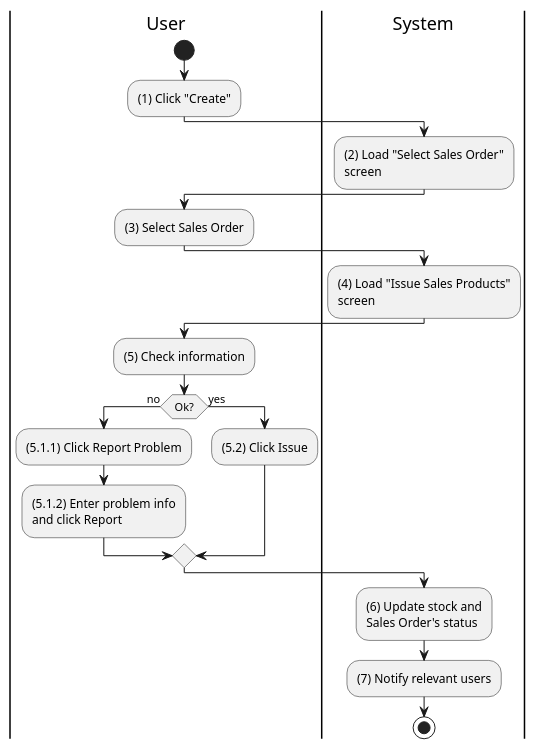
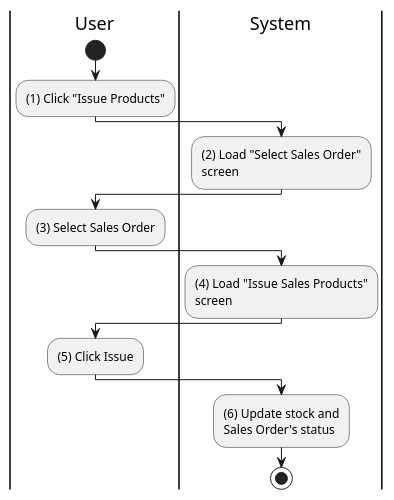
The diagram in activities/inventory-product-issue.plantuml (phihungha/scmss-reqs), drawn with PlantUML before and after one commit. The commit also changed 17 other files, not shown here.

Commit message:
Improve inventory sequences

```diff
--- a/activities/inventory-product-issue.plantuml
+++ b/activities/inventory-product-issue.plantuml
@@ -1,34 +1,24 @@
 @startuml inventory-product-issue
 |u|User
 |s|System
 
 |u|
 start
-:(1) Click "Create";
+:(1) Click "Issue Products";
 
 |s|
 :(2) Load "Select Sales Order"\nscreen;
 
 |u|
 :(3) Select Sales Order;
 
 |s|
 :(4) Load "Issue Sales Products"\nscreen;
 
 |u|
-:(5) Check information;
-
-if (Ok?) then (no)
-    |u|
-    :(5.1.1) Click Report Problem;
-    :(5.1.2) Enter problem info\nand click Report;
-else (yes)
-    |u|
-    :(5.2) Click Issue;
-endif
+:(5) Click Issue;
 
 |s|
 :(6) Update stock and\nSales Order's status;
-:(7) Notify relevant users;
 stop
 @enduml
```
